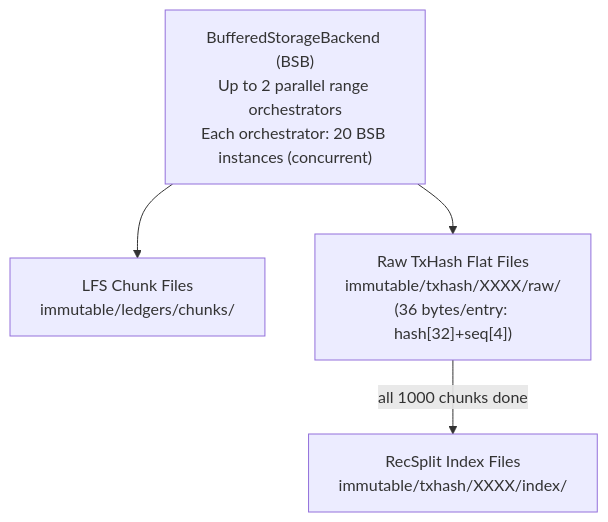
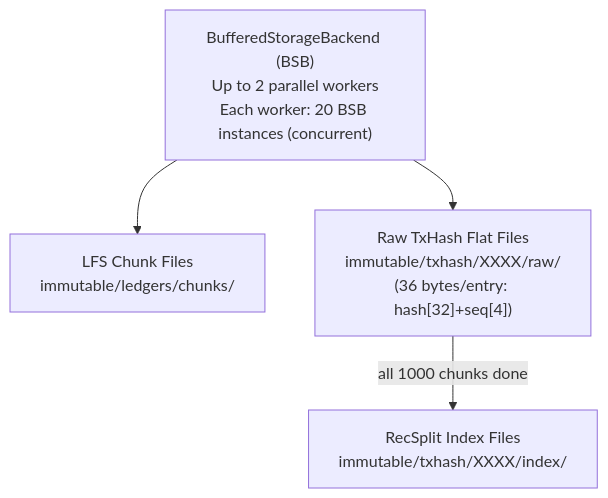
The second of 12 diagrams in full-history/design-docs/01-architecture-overview.md (stellar/stellar-rpc), drawn with Mermaid before and after one commit. The commit also changed other lines of this file, not shown here.

Commit message:
docs: 01-architecture-overview — range→index sweep

````diff
--- a/full-history/design-docs/01-architecture-overview.md
+++ b/full-history/design-docs/01-architecture-overview.md
@@ -43,7 +45,7 @@
 ```mermaid
 flowchart TD
-    BSB["BufferedStorageBackend (BSB)<br/>Up to 2 parallel range orchestrators<br/>Each orchestrator: 20 BSB instances (concurrent)"]
+    BSB["BufferedStorageBackend (BSB)<br/>Up to 2 parallel workers<br/>Each worker: 20 BSB instances (concurrent)"]
     BSB --> LFS["LFS Chunk Files<br/>immutable/ledgers/chunks/"]
     BSB --> TXRAW["Raw TxHash Flat Files<br/>immutable/txhash/XXXX/raw/<br/>(36 bytes/entry: hash[32]+seq[4])"]
     TXRAW -->|"all 1000 chunks done"| RECSPLIT["RecSplit Index Files<br/>immutable/txhash/XXXX/index/"]
 ```
````
